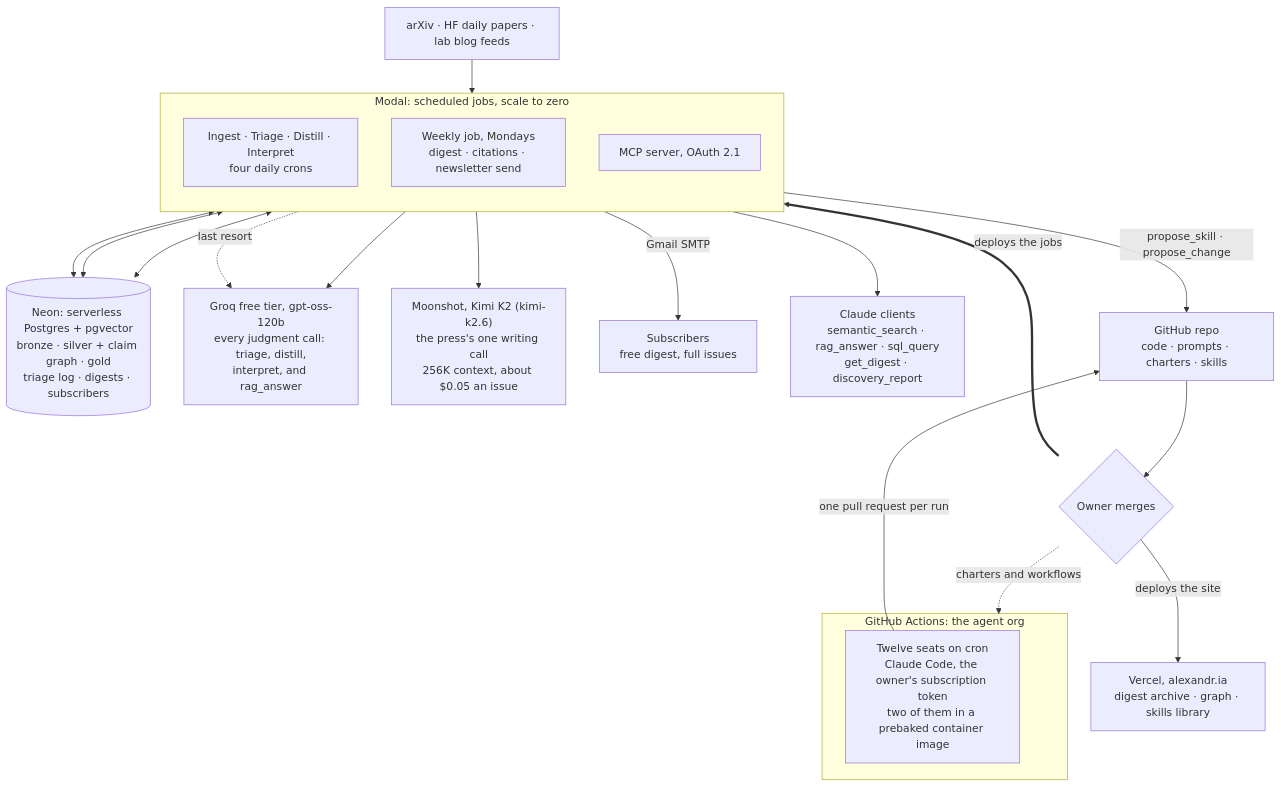
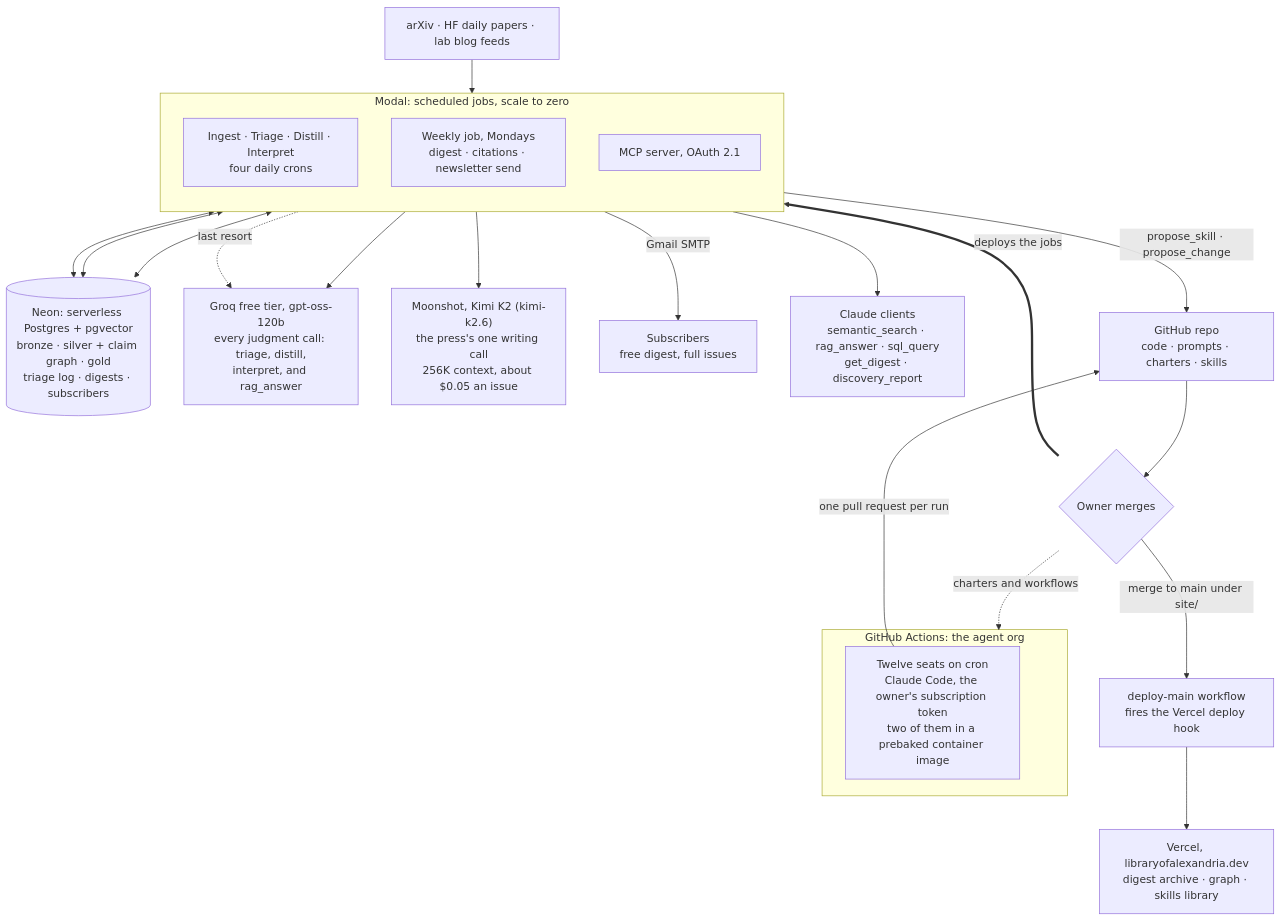
Before and after one commit to alexandrapaiz/alexandria: the second of 2 diagrams in README.md, drawn with Mermaid. The commit also changed other lines of this file, not shown here.

Commit message:
README: the real domain, the deploy hook, the engineer's second run, and the routing fallback that landed

````diff
--- a/README.md
+++ b/README.md
@@ -150,34 +153,35 @@
 ```mermaid
 flowchart TB
     FEEDS["arXiv · HF daily papers · lab blog feeds"]
     NEON[("Neon: serverless Postgres + pgvector<br/>bronze · silver + claim graph · gold<br/>triage log · digests · subscribers")]
     GROQ["Groq free tier, gpt-oss-120b<br/>every judgment call: triage, distill,<br/>interpret, and rag_answer"]
     KIMI["Moonshot, Kimi K2 (kimi-k2.6)<br/>the press's one writing call<br/>256K context, about $0.05 an issue"]
 
     subgraph MODAL["Modal: scheduled jobs, scale to zero"]
         direction TB
         DAILY["Ingest · Triage · Distill · Interpret<br/>four daily crons"]
         WK2["Weekly job, Mondays<br/>digest · citations · newsletter send"]
         MCP2["MCP server, OAuth 2.1"]
     end
 
     subgraph GHA["GitHub Actions: the agent org"]
         SEATS["Twelve seats on cron<br/>Claude Code, the owner's subscription token<br/>two of them in a prebaked container image"]
     end
 
     FEEDS --> DAILY
     DAILY <--> NEON
     WK2 <--> NEON
     MCP2 <--> NEON
     DAILY --> GROQ
     WK2 --> KIMI
     WK2 -.->|"last resort"| GROQ
     WK2 -->|"Gmail SMTP"| SUBS["Subscribers<br/>free digest, full issues"]
     MCP2 --> CLIENTS["Claude clients<br/>semantic_search · rag_answer · sql_query<br/>get_digest · discovery_report"]
     MCP2 -->|"propose_skill · propose_change"| GH
     SEATS -->|"one pull request per run"| GH["GitHub repo<br/>code · prompts · charters · skills"]
     GH --> OWNER{"Owner merges"}
     OWNER ==>|"deploys the jobs"| MODAL
-    OWNER -->|"deploys the site"| SITE["Vercel, alexandr.ia<br/>digest archive · graph · skills library"]
+    OWNER -->|"merge to main under site/"| HOOK["deploy-main workflow<br/>fires the Vercel deploy hook"]
+    HOOK --> SITE["Vercel, libraryofalexandria.dev<br/>digest archive · graph · skills library"]
     OWNER -.->|"charters and workflows"| GHA
 ```
````
